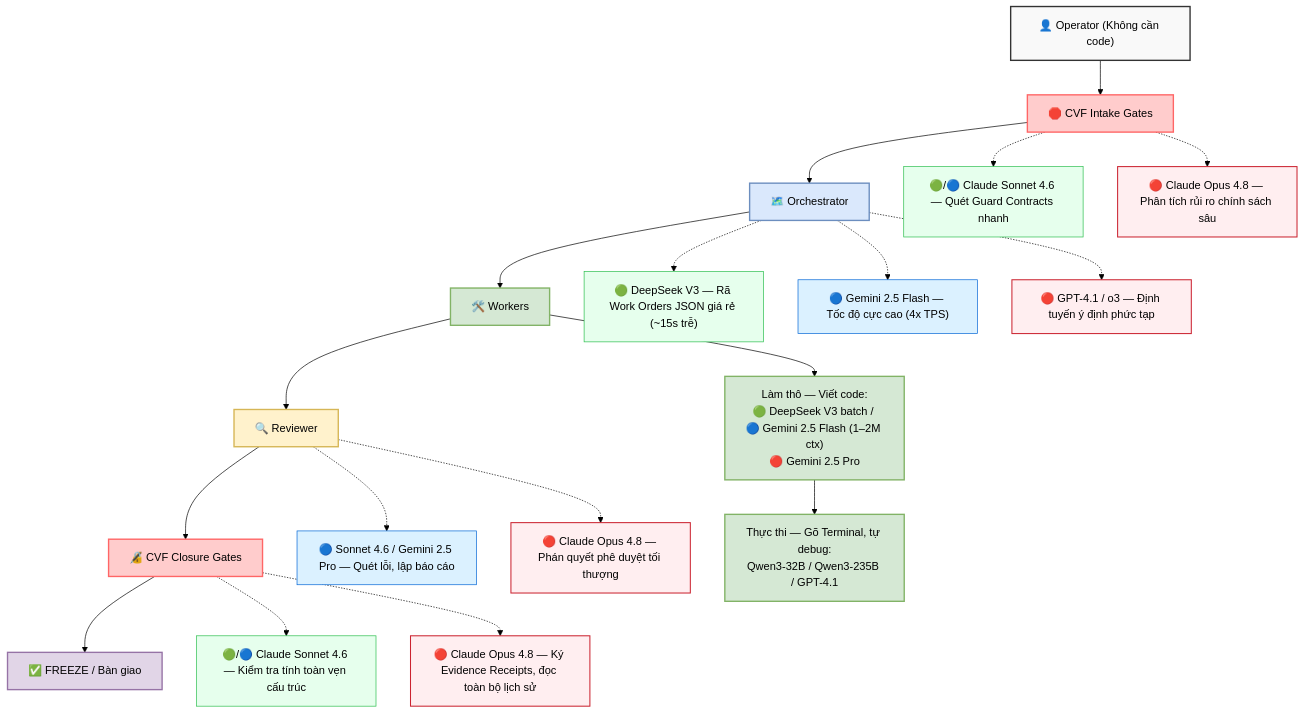
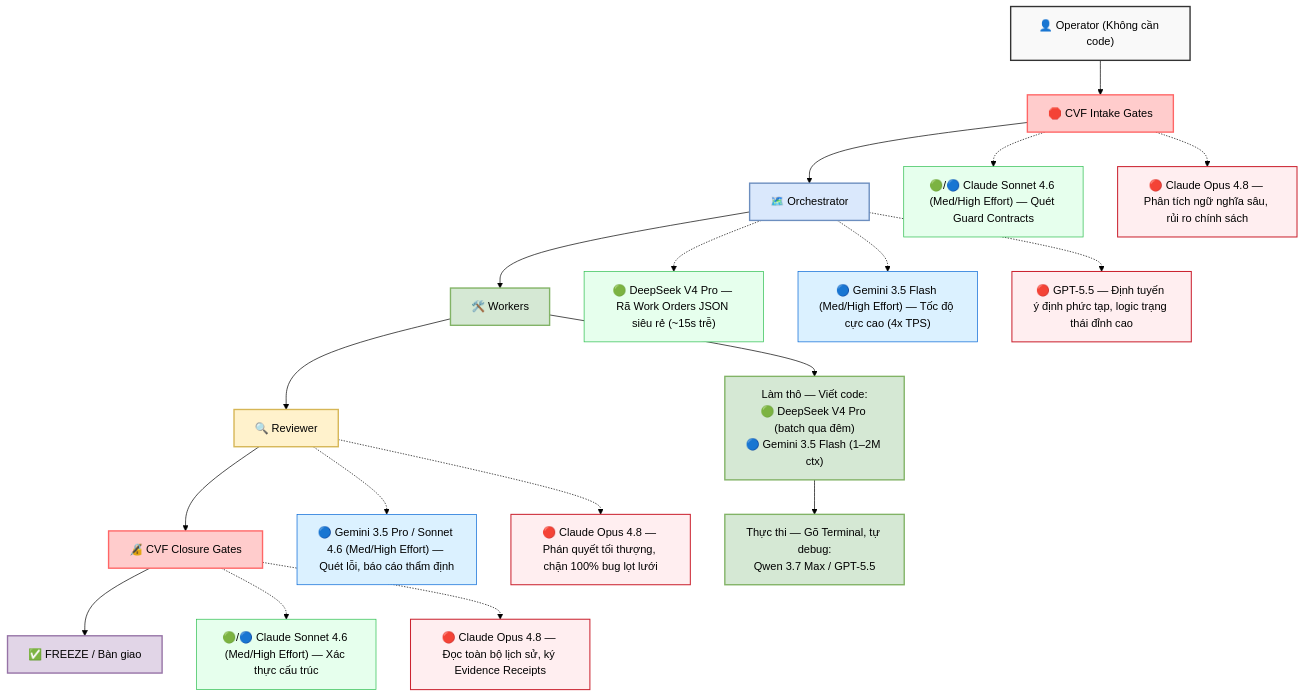
The first of 2 diagrams in docs/guides/CVF_MULTI_AGENT_PIPELINE_VI.md (Blackbird081/Controlled-Vibe-Framework-CVF), drawn with Mermaid (forest theme) before and after one commit. The commit also changed other lines of this file and 1 other file, not shown here.

````diff
--- a/docs/guides/CVF_MULTI_AGENT_PIPELINE_VI.md
+++ b/docs/guides/CVF_MULTI_AGENT_PIPELINE_VI.md
@@ -44,39 +44,39 @@
 ```mermaid
 graph TD
     classDef operator fill:#f9f9f9,stroke:#333,stroke-width:2px
     classDef gate fill:#ffcccc,stroke:#f66,stroke-width:2px
     classDef orch fill:#dae8fc,stroke:#6c8ebf,stroke-width:2px
     classDef worker fill:#d5e8d4,stroke:#82b366,stroke-width:2px
     classDef review fill:#fff2cc,stroke:#d6b656,stroke-width:2px
     classDef freeze fill:#e1d5e7,stroke:#9673a6,stroke-width:2px
     classDef optEco fill:#e6ffed,stroke:#2cbe4e,stroke-width:1px
     classDef optBal fill:#dbf1ff,stroke:#0366d6,stroke-width:1px
     classDef optPrem fill:#ffeef0,stroke:#cb2431,stroke-width:1.5px
 
     Op["👤 Operator (Không cần code)"]:::operator
     IG["🛑 CVF Intake Gates"]:::gate
     Orch["🗺️ Orchestrator"]:::orch
     Wk["🛠️ Workers"]:::worker
     Rev["🔍 Reviewer"]:::review
     CG["🔏 CVF Closure Gates"]:::gate
     Fr["✅ FREEZE / Bàn giao"]:::freeze
 
-    AgIG_EB["🟢/🔵 Claude Sonnet 4.6 — Quét Guard Contracts nhanh"]:::optEco
-    AgIG_O["🔴 Claude Opus 4.8 — Phân tích rủi ro chính sách sâu"]:::optPrem
-    AgOrch_E["🟢 DeepSeek V3 — Rã Work Orders JSON giá rẻ (~15s trễ)"]:::optEco
-    AgOrch_B["🔵 Gemini 2.5 Flash — Tốc độ cực cao (4x TPS)"]:::optBal
-    AgOrch_O["🔴 GPT-4.1 / o3 — Định tuyến ý định phức tạp"]:::optPrem
-    AgWkD["Làm thô — Viết code:<br/>🟢 DeepSeek V3 batch / 🔵 Gemini 2.5 Flash (1–2M ctx)<br/>🔴 Gemini 2.5 Pro"]:::worker
-    AgWkR["Thực thi — Gõ Terminal, tự debug:<br/>Qwen3-32B / Qwen3-235B / GPT-4.1"]:::worker
-    AgRev_B["🔵 Sonnet 4.6 / Gemini 2.5 Pro — Quét lỗi, lập báo cáo"]:::optBal
-    AgRev_O["🔴 Claude Opus 4.8 — Phán quyết phê duyệt tối thượng"]:::optPrem
-    AgCG_EB["🟢/🔵 Claude Sonnet 4.6 — Kiểm tra tính toàn vẹn cấu trúc"]:::optEco
-    AgCG_O["🔴 Claude Opus 4.8 — Ký Evidence Receipts, đọc toàn bộ lịch sử"]:::optPrem
+    AgIG_EB["🟢/🔵 Claude Sonnet 4.6 (Med/High Effort) — Quét Guard Contracts"]:::optEco
+    AgIG_O["🔴 Claude Opus 4.8 — Phân tích ngữ nghĩa sâu, rủi ro chính sách"]:::optPrem
+    AgOrch_E["🟢 DeepSeek V4 Pro — Rã Work Orders JSON siêu rẻ (~15s trễ)"]:::optEco
+    AgOrch_B["🔵 Gemini 3.5 Flash (Med/High Effort) — Tốc độ cực cao (4x TPS)"]:::optBal
+    AgOrch_O["🔴 GPT-5.5 — Định tuyến ý định phức tạp, logic trạng thái đỉnh cao"]:::optPrem
+    AgWkD["Làm thô — Viết code:<br/>🟢 DeepSeek V4 Pro (batch qua đêm)<br/>🔵 Gemini 3.5 Flash (1–2M ctx)"]:::worker
+    AgWkR["Thực thi — Gõ Terminal, tự debug:<br/>Qwen 3.7 Max / GPT-5.5"]:::worker
+    AgRev_B["🔵 Gemini 3.5 Pro / Sonnet 4.6 (Med/High Effort) — Quét lỗi, báo cáo thẩm định"]:::optBal
+    AgRev_O["🔴 Claude Opus 4.8 — Phán quyết tối thượng, chặn 100% bug lọt lưới"]:::optPrem
+    AgCG_EB["🟢/🔵 Claude Sonnet 4.6 (Med/High Effort) — Xác thực cấu trúc"]:::optEco
+    AgCG_O["🔴 Claude Opus 4.8 — Đọc toàn bộ lịch sử, ký Evidence Receipts"]:::optPrem
 
     Op --> IG --> Orch --> Wk --> Rev --> CG --> Fr
     Wk --> AgWkD --> AgWkR
     IG -.-> AgIG_EB & AgIG_O
     Orch -.-> AgOrch_E & AgOrch_B & AgOrch_O
     Rev -.-> AgRev_B & AgRev_O
     CG -.-> AgCG_EB & AgCG_O
 ```
````
